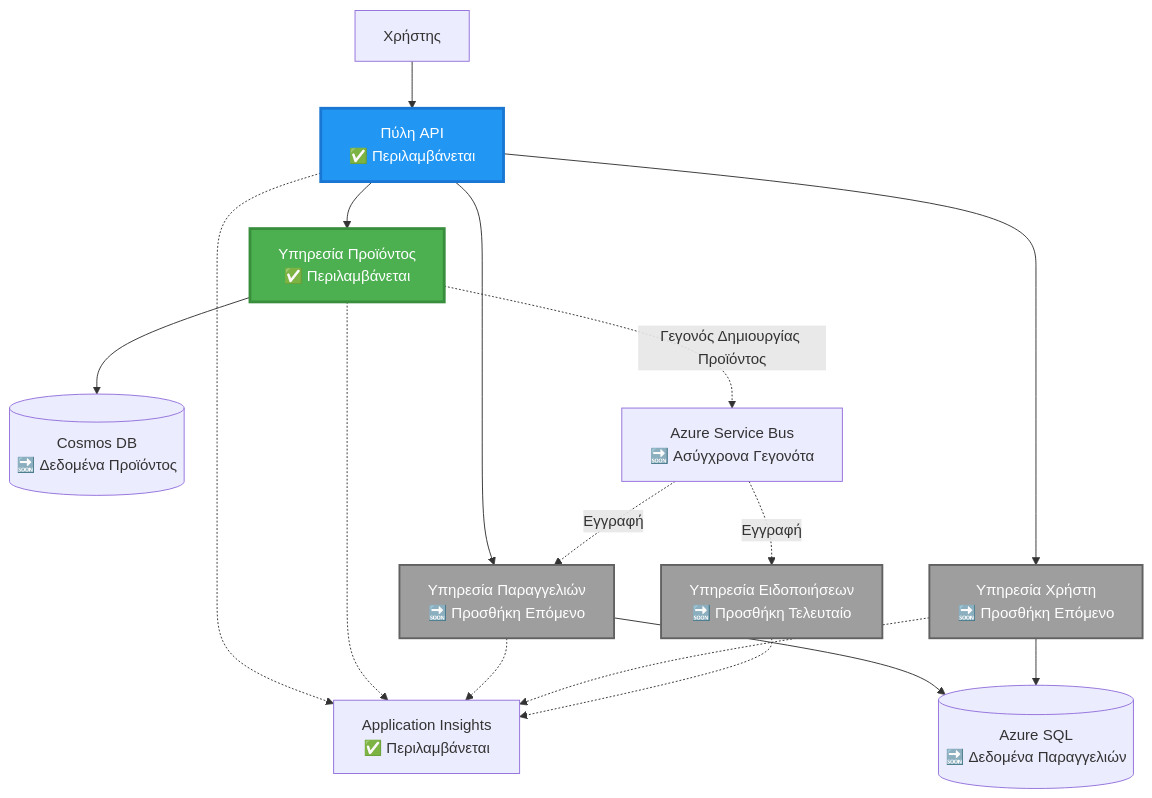
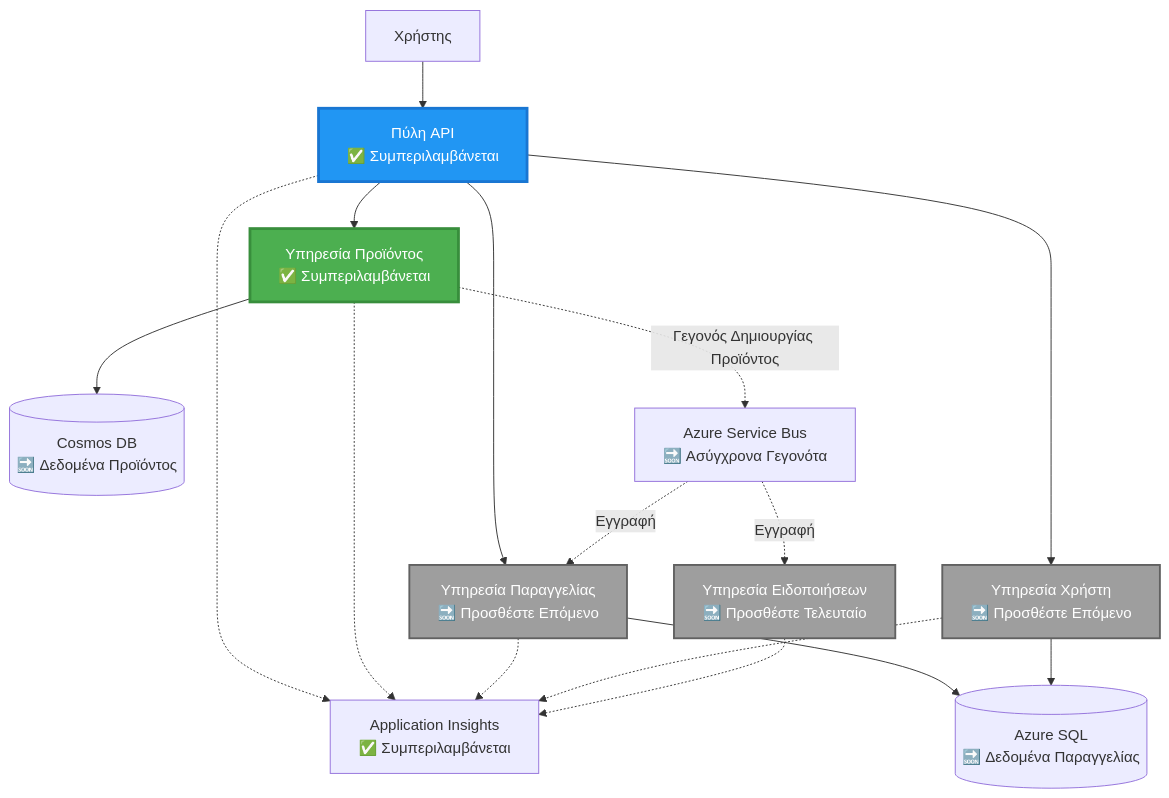
The second of 4 diagrams in translations/el/examples/microservices/README.md (microsoft/AZD-for-beginners), drawn with Mermaid before and after one commit. The commit also changed other lines of this file and 242 other files, not shown here.

````diff
--- a/translations/el/examples/microservices/README.md
+++ b/translations/el/examples/microservices/README.md
@@ -78,39 +69,39 @@
 ```mermaid
 graph TB
     User[Χρήστης]
-    Gateway[Πύλη API<br/>✅ Περιλαμβάνεται]
-    Product[Υπηρεσία Προϊόντος<br/>✅ Περιλαμβάνεται]
-    Order[Υπηρεσία Παραγγελιών<br/>🔜 Προσθήκη Επόμενο]
-    UserSvc[Υπηρεσία Χρήστη<br/>🔜 Προσθήκη Επόμενο]
-    Notify[Υπηρεσία Ειδοποιήσεων<br/>🔜 Προσθήκη Τελευταίο]
+    Gateway[Πύλη API<br/>✅ Συμπεριλαμβάνεται]
+    Product[Υπηρεσία Προϊόντος<br/>✅ Συμπεριλαμβάνεται]
+    Order[Υπηρεσία Παραγγελίας<br/>🔜 Προσθέστε Επόμενο]
+    UserSvc[Υπηρεσία Χρήστη<br/>🔜 Προσθέστε Επόμενο]
+    Notify[Υπηρεσία Ειδοποιήσεων<br/>🔜 Προσθέστε Τελευταίο]
     
     CosmosDB[(Cosmos DB<br/>🔜 Δεδομένα Προϊόντος)]
-    AzureSQL[(Azure SQL<br/>🔜 Δεδομένα Παραγγελιών)]
+    AzureSQL[(Azure SQL<br/>🔜 Δεδομένα Παραγγελίας)]
     ServiceBus[Azure Service Bus<br/>🔜 Ασύγχρονα Γεγονότα]
-    AppInsights[Application Insights<br/>✅ Περιλαμβάνεται]
+    AppInsights[Application Insights<br/>✅ Συμπεριλαμβάνεται]
     
     User --> Gateway
     Gateway --> Product
     Gateway --> Order
     Gateway --> UserSvc
     
     Product --> CosmosDB
     Order --> AzureSQL
     UserSvc --> AzureSQL
     
     Product -.->|Γεγονός Δημιουργίας Προϊόντος| ServiceBus
     ServiceBus -.->|Εγγραφή| Notify
     ServiceBus -.->|Εγγραφή| Order
     
     Gateway -.-> AppInsights
     Product -.-> AppInsights
     Order -.-> AppInsights
     UserSvc -.-> AppInsights
     Notify -.-> AppInsights
     
     style Product fill:#4CAF50,stroke:#388E3C,stroke-width:3px,color:#fff
     style Gateway fill:#2196F3,stroke:#1976D2,stroke-width:3px,color:#fff
     style Order fill:#9E9E9E,stroke:#616161,stroke-width:2px,color:#fff
     style UserSvc fill:#9E9E9E,stroke:#616161,stroke-width:2px,color:#fff
     style Notify fill:#9E9E9E,stroke:#616161,stroke-width:2px,color:#fff
 ```
````
